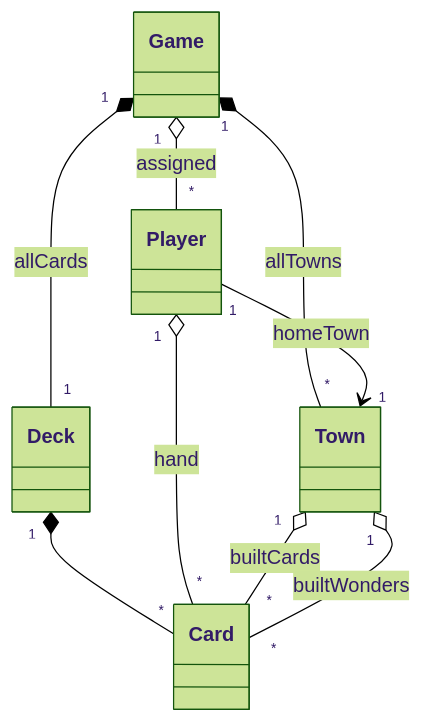
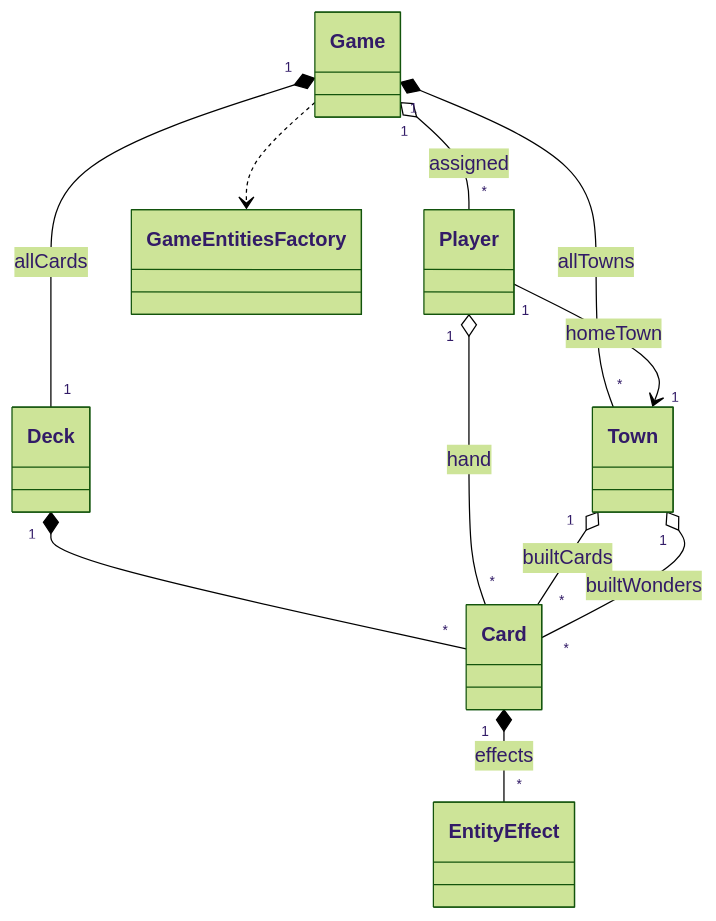
One commit to przemWyzy/sev_wond changed the first of 2 diagrams in docs/architecture.md. Above: the diagram before and after it, drawn with Mermaid (forest theme). The commit also changed other lines of this file and 14 other files, not shown here.

Commit message:
added entityEffect class

````diff
--- a/docs/architecture.md
+++ b/docs/architecture.md
@@ -5,17 +5,21 @@
 ```mermaid
 classDiagram
     class Game
     class Player
     class Town
     class Deck
     class Card
+    class GameEntitiesFactory
+    class EntityEffect
 
     Game "1" o-- "*" Player : assigned
     Game "1" *-- "1" Deck : allCards
     Deck "1" *-- "*" Card
     Game "1" *-- "*" Town : allTowns
     Player "1" --> "1" Town : homeTown
     Player "1" o-- "*" Card : hand
     Town "1" o-- "*" Card : builtCards
     Town "1" o-- "*" Card : builtWonders
+    Game ..> GameEntitiesFactory
+    Card "1" *-- "*" EntityEffect : effects
 ```
````
